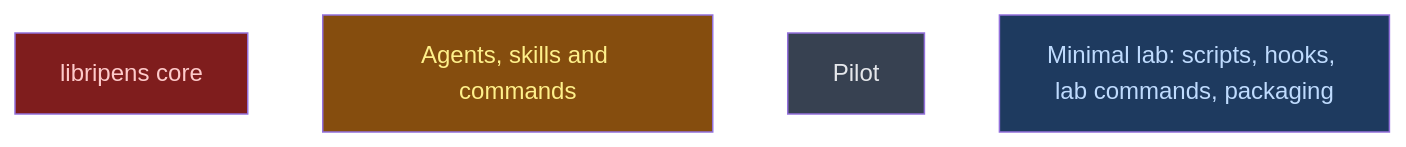
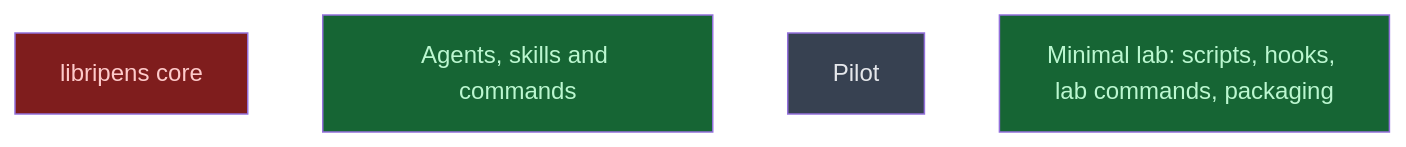
The diagram in __roadmap__/murmuration/build/README.md (CrackingShells/Murmuration), drawn with Mermaid before and after one commit. The commit also changed other lines of this file, not shown here.

Commit message:
chore(roadmap): close the agents and minimal-lab nodes
The plugin installs locally with its agents, skill, commands, two hooks
and status script; two cold reviews found no remaining blocker, and the
pilot (a first study, then a reflective run) is next.

````diff
--- a/__roadmap__/murmuration/build/README.md
+++ b/__roadmap__/murmuration/build/README.md
@@ -18,12 +18,12 @@
 ```mermaid
 graph TD
     libripens_core[libripens core]:::blocked
-    agents_and_skills[Agents, skills and commands]:::inprogress
+    agents_and_skills[Agents, skills and commands]:::done
     pilot[Pilot]:::planned
-    minimal_lab[Minimal lab: scripts, hooks, lab commands, packaging]:::amendment
+    minimal_lab[Minimal lab: scripts, hooks, lab commands, packaging]:::done
     classDef done       fill:#166534,color:#bbf7d0
     classDef inprogress fill:#854d0e,color:#fef08a
     classDef planned    fill:#374151,color:#e5e7eb
     classDef amendment  fill:#1e3a5f,color:#bfdbfe
     classDef blocked    fill:#7f1d1d,color:#fecaca
 ```
````
